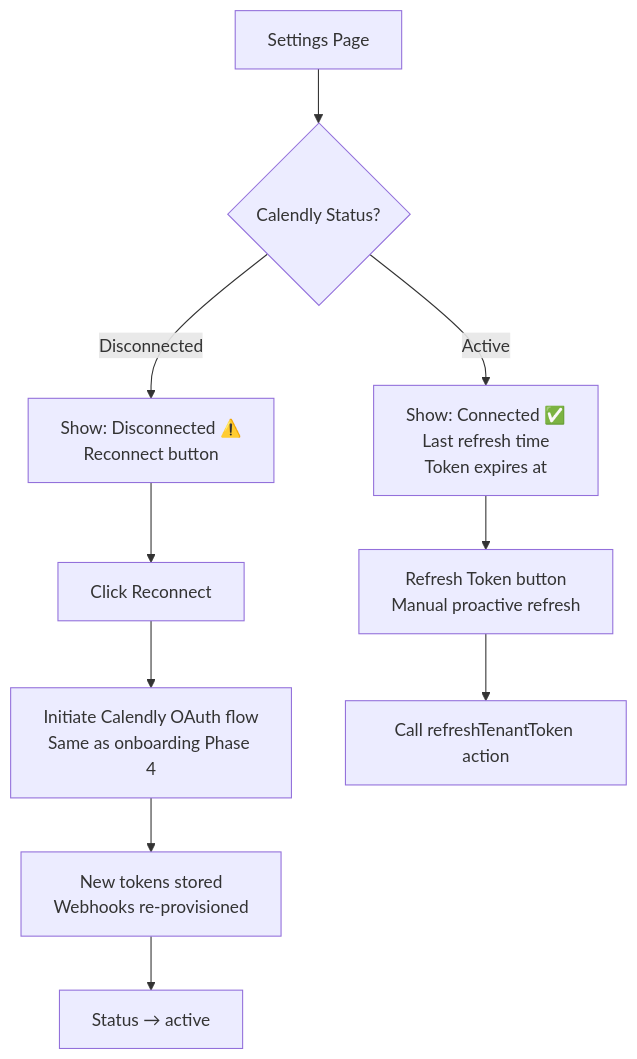
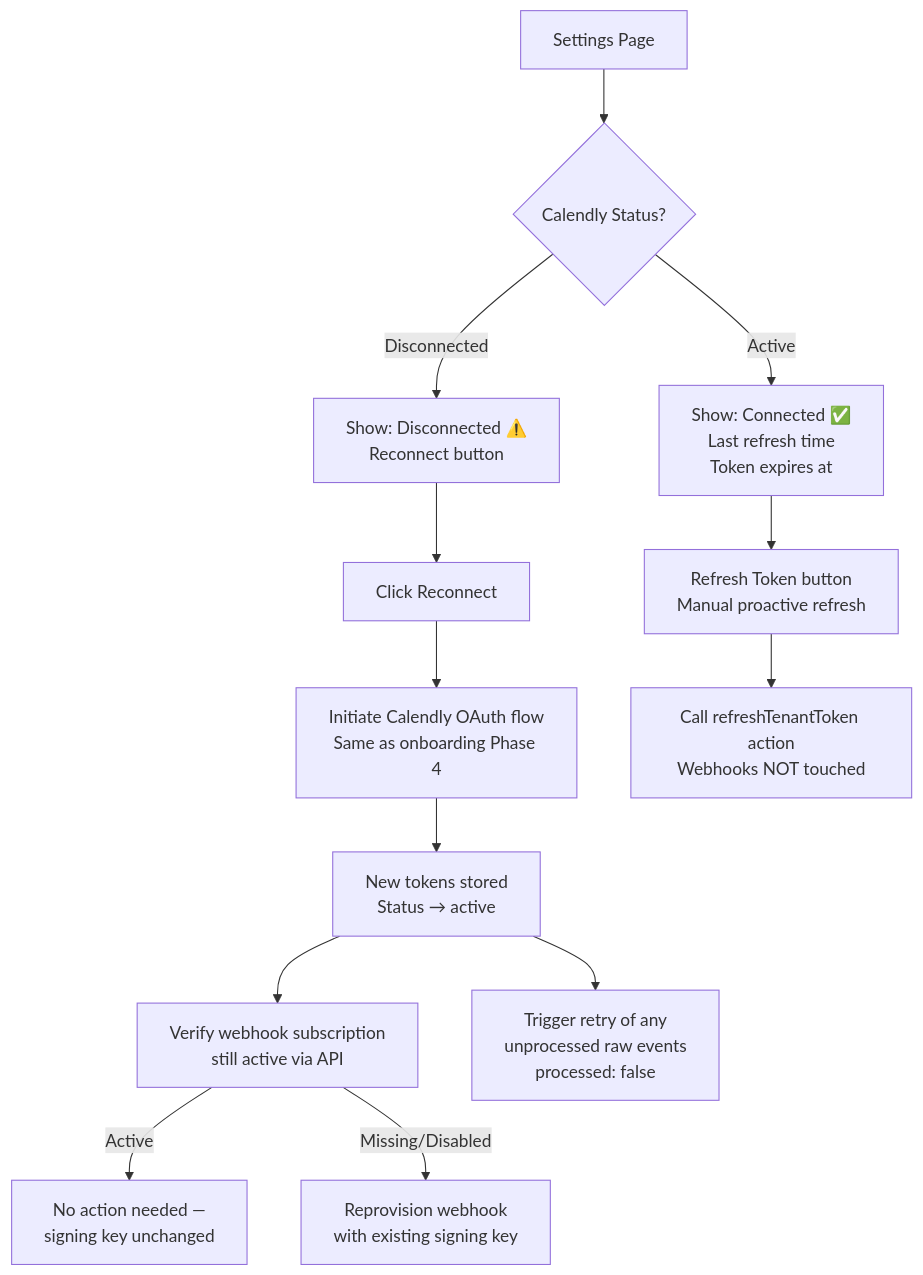
One commit to MagnusVA/magnus-crm changed the fifth of 12 diagrams in plans/closer-tenant-admin/closer-tenant-admin-design.md. Above: the diagram before and after it, drawn with Mermaid. The commit also changed other lines of this file and 149 other files, not shown here.

````diff
--- a/plans/closer-tenant-admin/closer-tenant-admin-design.md
+++ b/plans/closer-tenant-admin/closer-tenant-admin-design.md
@@ -678,12 +899,15 @@
 ```mermaid
 flowchart TD
     A[Settings Page] --> B{Calendly Status?}
     B -->|Active| C[Show: Connected ✅<br/>Last refresh time<br/>Token expires at]
     B -->|Disconnected| D[Show: Disconnected ⚠️<br/>Reconnect button]
     D --> E[Click Reconnect]
     E --> F[Initiate Calendly OAuth flow<br/>Same as onboarding Phase 4]
-    F --> G[New tokens stored<br/>Webhooks re-provisioned]
-    G --> H[Status → active]
-    C --> I[Refresh Token button<br/>Manual proactive refresh]
-    I --> J[Call refreshTenantToken action]
+    F --> G[New tokens stored<br/>Status → active]
+    G --> H[Verify webhook subscription<br/>still active via API]
+    H -->|Active| I[No action needed —<br/>signing key unchanged]
+    H -->|Missing/Disabled| J[Reprovision webhook<br/>with existing signing key]
+    G --> K[Trigger retry of any<br/>unprocessed raw events<br/>processed: false]
+    C --> L[Refresh Token button<br/>Manual proactive refresh]
+    L --> M[Call refreshTenantToken action<br/>Webhooks NOT touched]
 ```
````
